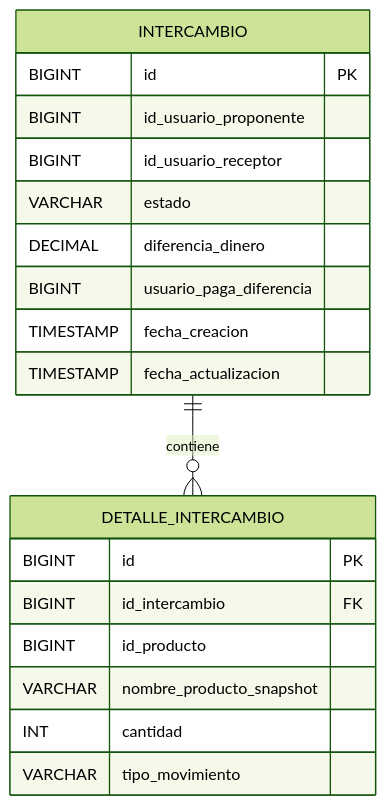
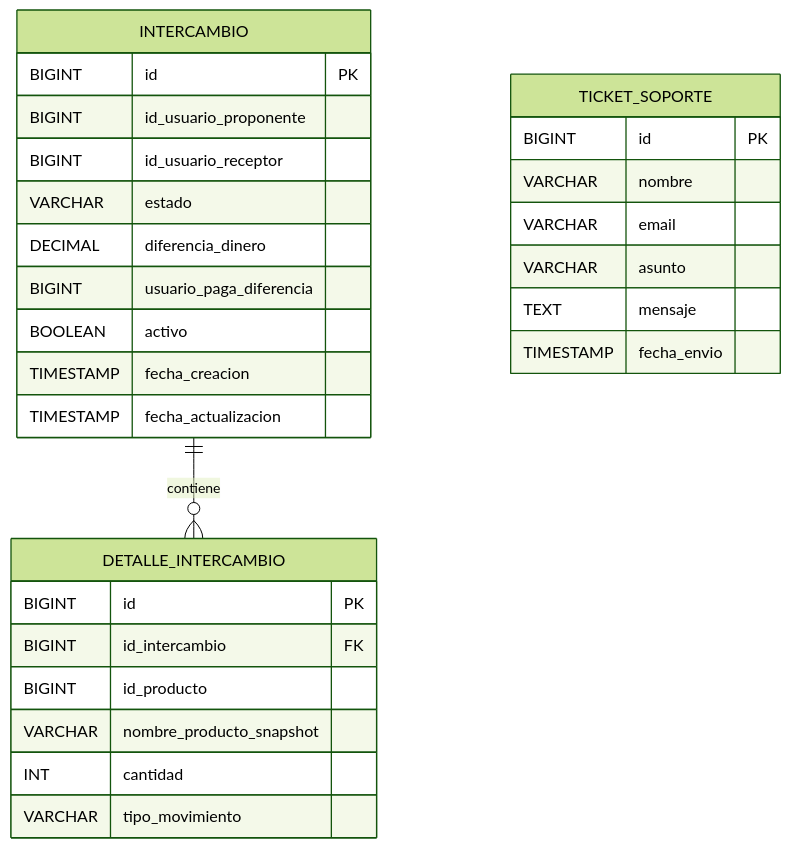
Before and after one commit to LaVitrinaColeccionistas/app-lavitrinacoleccionistas-common: the fourth of 4 diagrams in README.md, drawn with Mermaid (forest theme). The commit also changed other lines of this file and 5 other files, not shown here.

````diff
--- a/README.md
+++ b/README.md
@@ -154,24 +144,34 @@
-``` mermaid
+```mermaid
 erDiagram
     INTERCAMBIO {
         BIGINT id PK
         BIGINT id_usuario_proponente
         BIGINT id_usuario_receptor
         VARCHAR estado
         DECIMAL diferencia_dinero
         BIGINT usuario_paga_diferencia
+        BOOLEAN activo
         TIMESTAMP fecha_creacion
         TIMESTAMP fecha_actualizacion
     }
 
     DETALLE_INTERCAMBIO {
         BIGINT id PK
         BIGINT id_intercambio FK
         BIGINT id_producto
         VARCHAR nombre_producto_snapshot
         INT cantidad
         VARCHAR tipo_movimiento
     }
 
+    TICKET_SOPORTE {
+        BIGINT id PK
+        VARCHAR nombre
+        VARCHAR email
+        VARCHAR asunto
+        TEXT mensaje
+        TIMESTAMP fecha_envio
+    }
+
     INTERCAMBIO ||--o{ DETALLE_INTERCAMBIO : contiene
 ```
````
